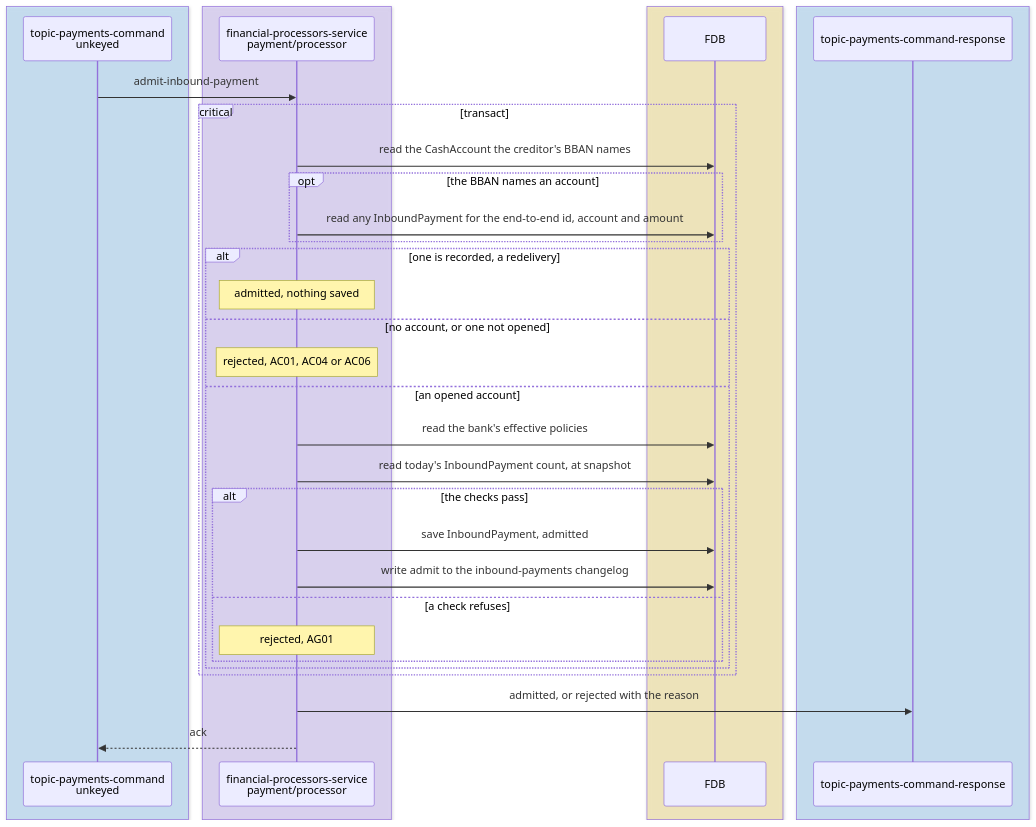
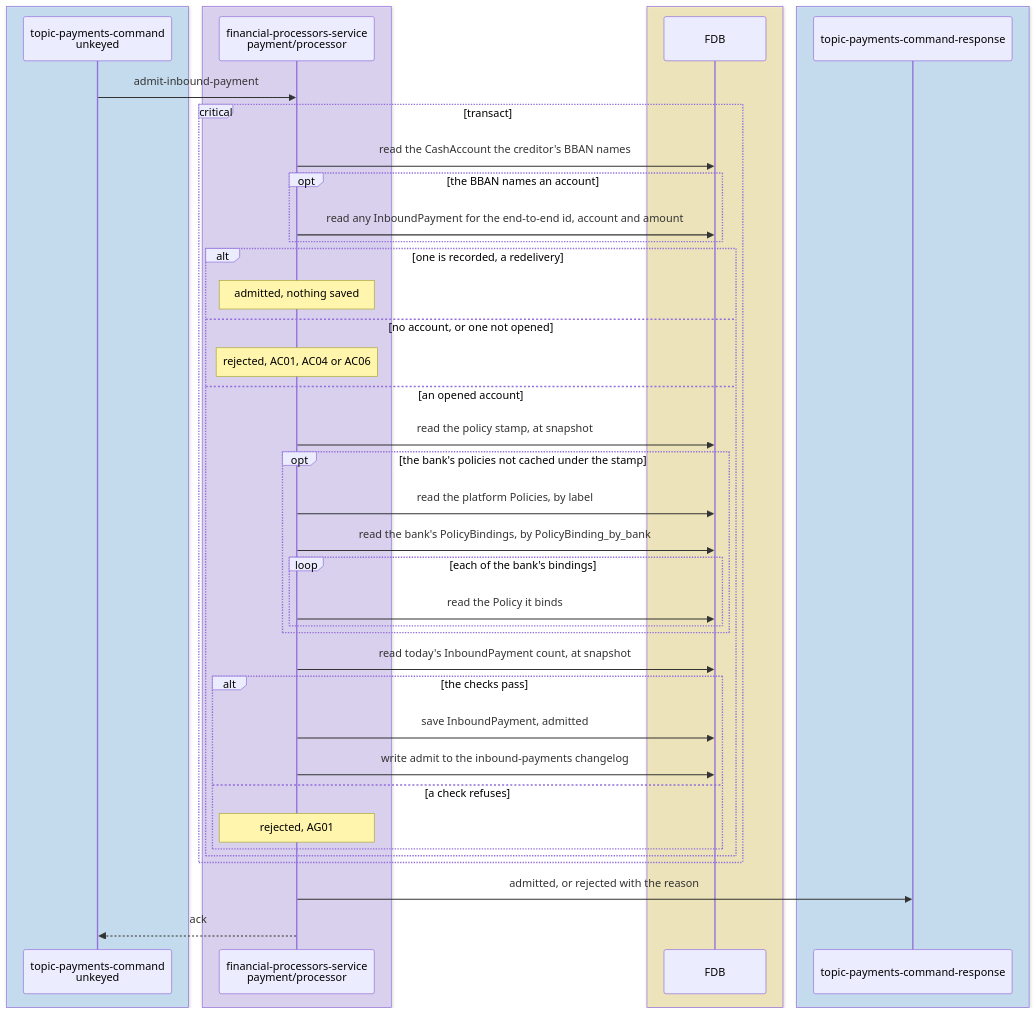
The tenth of 15 diagrams in docs/tdd/payments-inbound.md (repldriven/queenswood), drawn with Mermaid before and after one commit. The commit also changed other lines of this file and 29 other files, not shown here.

````diff
--- a/docs/tdd/payments-inbound.md
+++ b/docs/tdd/payments-inbound.md
@@ -489,38 +544,45 @@
 ```mermaid
 sequenceDiagram
     box rgba(165, 216, 255, 0.45)
     participant PC as topic-payments-command<br/>unkeyed
     end
     box rgba(208, 191, 255, 0.45)
     participant PP as financial-processors-service<br/>payment/processor
     end
     box rgba(255, 236, 153, 0.5)
     participant DB as FDB
     end
     box rgba(165, 216, 255, 0.45)
     participant PS as topic-payments-command-response
     end
     PC->>PP: admit-inbound-payment
     critical transact
     PP->>DB: read the CashAccount the creditor's BBAN names
     opt the BBAN names an account
     PP->>DB: read any InboundPayment for the end-to-end id, account and amount
     end
     alt one is recorded, a redelivery
     Note over PP: admitted, nothing saved
     else no account, or one not opened
     Note over PP: rejected, AC01, AC04 or AC06
     else an opened account
-    PP->>DB: read the bank's effective policies
+    PP->>DB: read the policy stamp, at snapshot
+    opt the bank's policies not cached under the stamp
+    PP->>DB: read the platform Policies, by label
+    PP->>DB: read the bank's PolicyBindings, by PolicyBinding_by_bank
+    loop each of the bank's bindings
+    PP->>DB: read the Policy it binds
+    end
+    end
     PP->>DB: read today's InboundPayment count, at snapshot
     alt the checks pass
     PP->>DB: save InboundPayment, admitted
     PP->>DB: write admit to the inbound-payments changelog
     else a check refuses
     Note over PP: rejected, AG01
     end
     end
     end
     PP->>PS: admitted, or rejected with the reason
     PP-->>PC: ack
 ```
````
